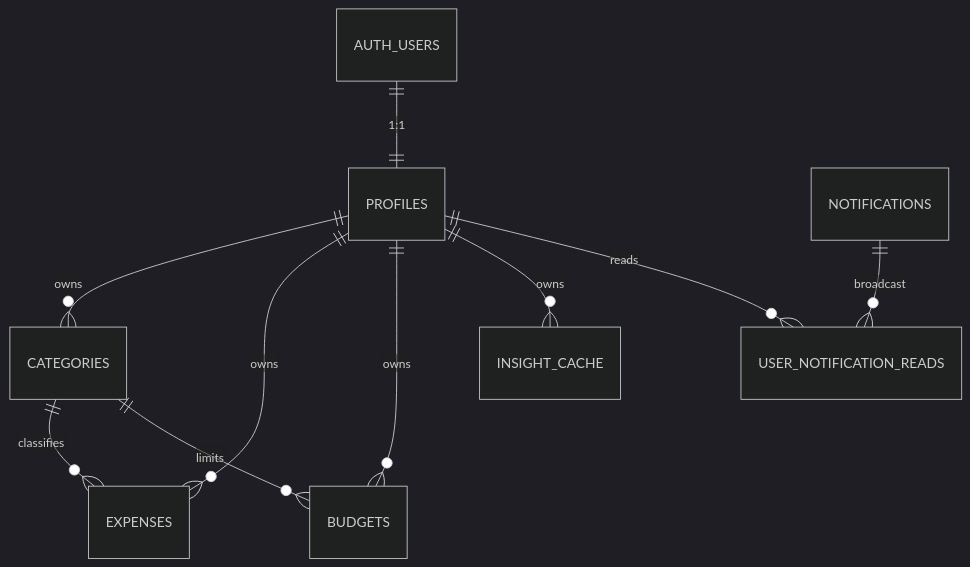
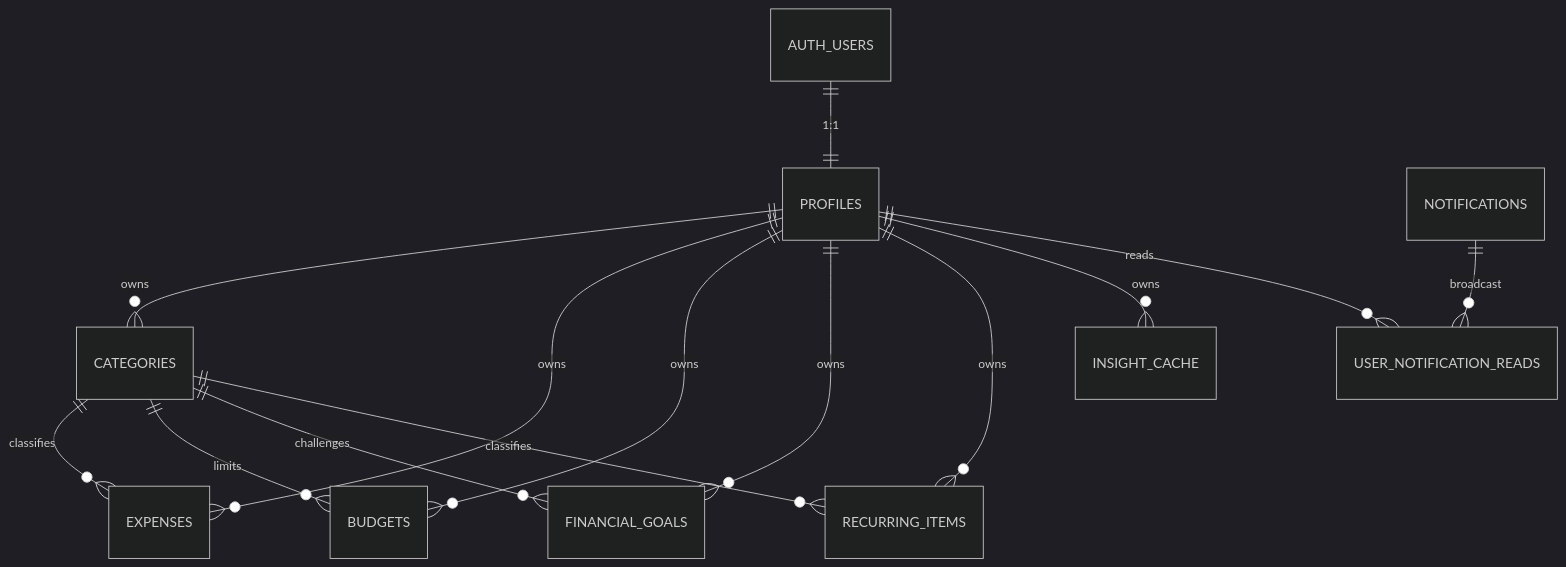
Before and after one commit to MushfiqMoon/PoysaPath: the first of 2 diagrams in docs/planning-db.md, drawn with Mermaid (dark theme). The commit also changed other lines of this file and 37 other files, not shown here.

````diff
--- a/docs/planning-db.md
+++ b/docs/planning-db.md
@@ -18,12 +18,16 @@
 ```mermaid
 erDiagram
     AUTH_USERS ||--|| PROFILES : "1:1"
     PROFILES ||--o{ CATEGORIES : owns
     PROFILES ||--o{ EXPENSES : owns
     PROFILES ||--o{ BUDGETS : owns
+    PROFILES ||--o{ FINANCIAL_GOALS : owns
+    PROFILES ||--o{ RECURRING_ITEMS : owns
     PROFILES ||--o{ INSIGHT_CACHE : owns
     CATEGORIES ||--o{ EXPENSES : classifies
     CATEGORIES ||--o{ BUDGETS : limits
+    CATEGORIES ||--o{ FINANCIAL_GOALS : challenges
+    CATEGORIES ||--o{ RECURRING_ITEMS : classifies
     PROFILES ||--o{ USER_NOTIFICATION_READS : reads
     NOTIFICATIONS ||--o{ USER_NOTIFICATION_READS : broadcast
 ```
````
